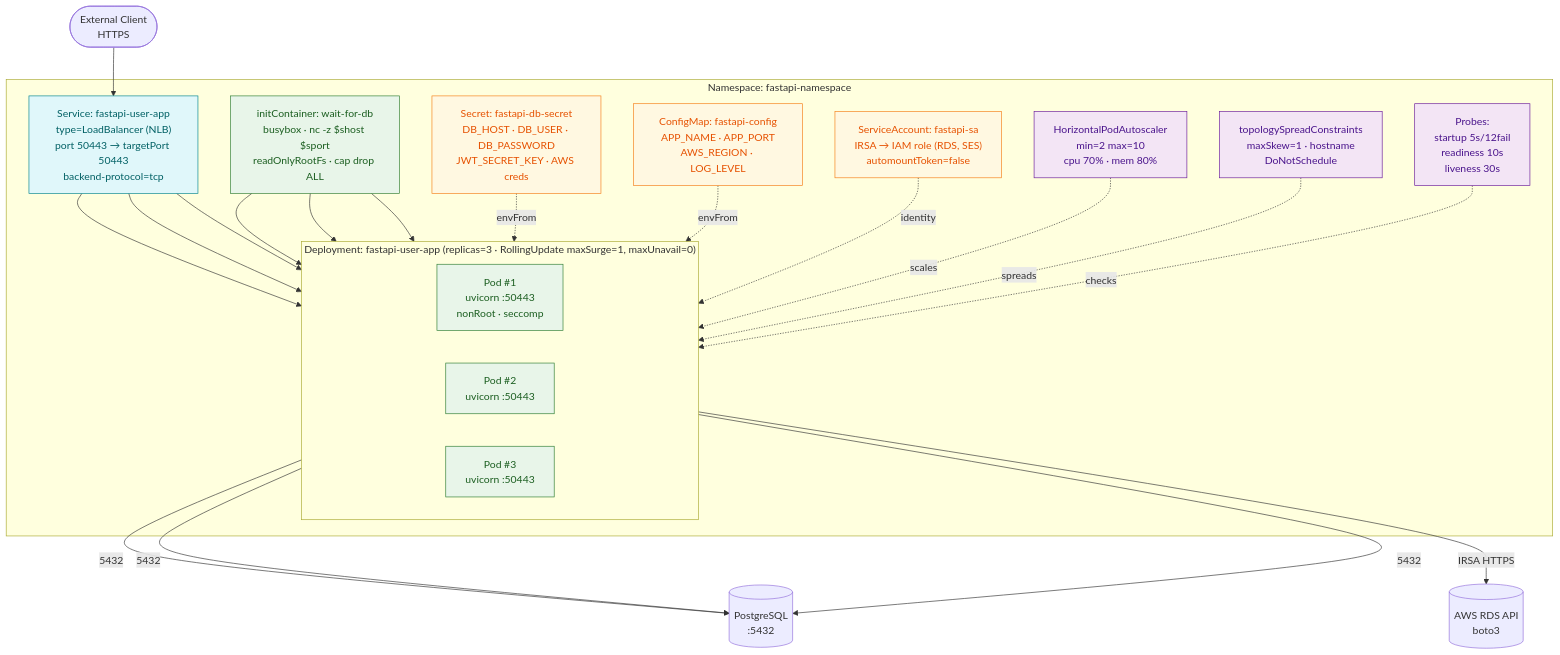
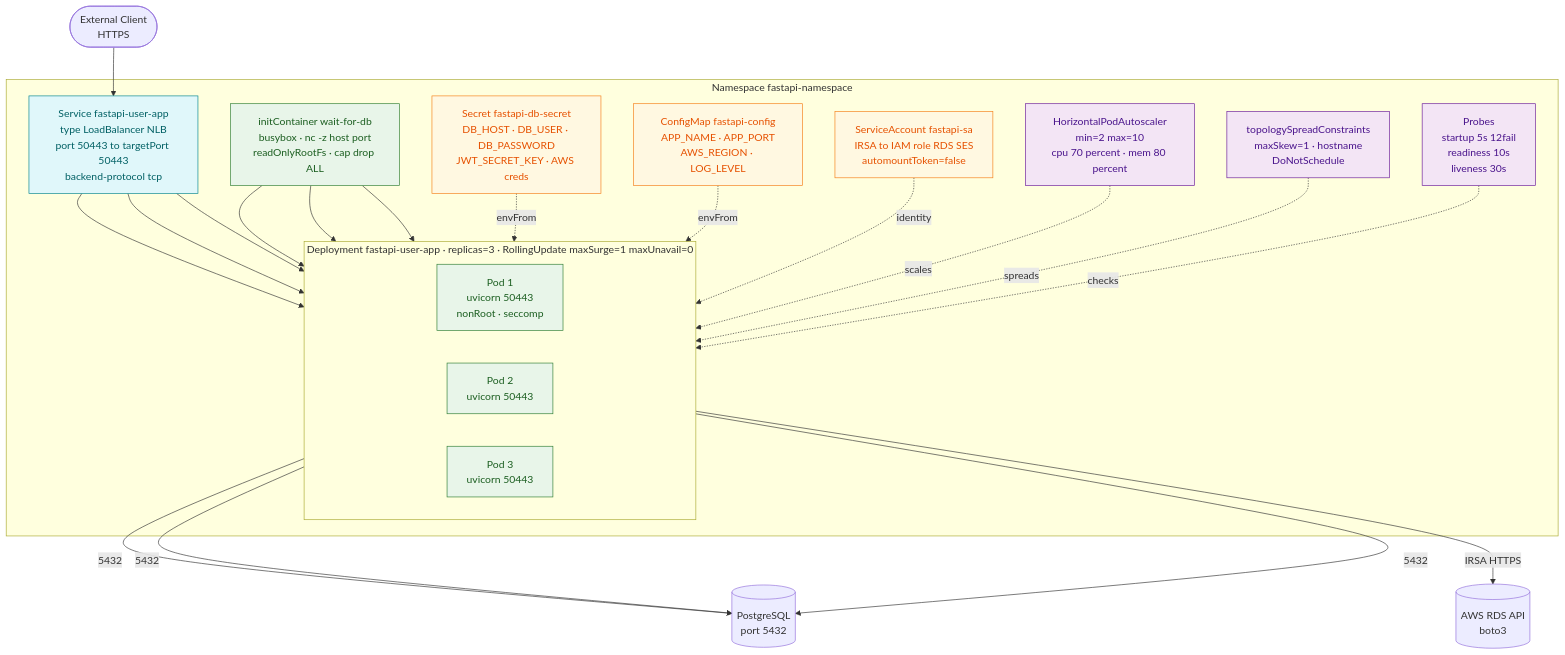
One commit to skondla/fastAPIWebApp changed the eighth of 13 diagrams in README.md. Above: the diagram before and after it, drawn with Mermaid. The commit also changed other lines of this file, not shown here.

````diff
--- a/README.md
+++ b/README.md
@@ -734,58 +757,58 @@
 ```mermaid
 flowchart TB
     classDef svc fill:#E0F7FA,stroke:#00838F,color:#006064
     classDef pod fill:#E8F5E9,stroke:#2E7D32,color:#1B5E20
     classDef cfg fill:#FFF8E1,stroke:#F57F17,color:#E65100
     classDef hpa fill:#F3E5F5,stroke:#6A1B9A,color:#4A148C
 
     EXT([External Client<br/>HTTPS])
     EXT --> NLB
 
-    subgraph NS["Namespace: fastapi-namespace"]
-        NLB["Service: fastapi-user-app<br/>type=LoadBalancer (NLB)<br/>port 50443 → targetPort 50443<br/>backend-protocol=tcp"]:::svc
+    subgraph NS["Namespace fastapi-namespace"]
+        NLB["Service fastapi-user-app<br/>type LoadBalancer NLB<br/>port 50443 to targetPort 50443<br/>backend-protocol tcp"]:::svc
 
-        subgraph DEP["Deployment: fastapi-user-app  (replicas=3 · RollingUpdate maxSurge=1, maxUnavail=0)"]
+        subgraph DEP["Deployment fastapi-user-app · replicas=3 · RollingUpdate maxSurge=1 maxUnavail=0"]
             direction LR
-            P1[Pod #1<br/>uvicorn :50443<br/>nonRoot · seccomp]:::pod
-            P2[Pod #2<br/>uvicorn :50443]:::pod
-            P3[Pod #3<br/>uvicorn :50443]:::pod
+            P1["Pod 1<br/>uvicorn 50443<br/>nonRoot · seccomp"]:::pod
+            P2["Pod 2<br/>uvicorn 50443"]:::pod
+            P3["Pod 3<br/>uvicorn 50443"]:::pod
         end
 
-        INIT["initContainer: wait-for-db<br/>busybox · nc -z $shost $sport<br/>readOnlyRootFs · cap drop ALL"]:::pod
+        INIT["initContainer wait-for-db<br/>busybox · nc -z host port<br/>readOnlyRootFs · cap drop ALL"]:::pod
 
-        HPA["HorizontalPodAutoscaler<br/>min=2 max=10<br/>cpu 70% · mem 80%"]:::hpa
+        HPA["HorizontalPodAutoscaler<br/>min=2 max=10<br/>cpu 70 percent · mem 80 percent"]:::hpa
 
-        SECRET["Secret: fastapi-db-secret<br/>DB_HOST · DB_USER · DB_PASSWORD<br/>JWT_SECRET_KEY · AWS creds"]:::cfg
-        CM["ConfigMap: fastapi-config<br/>APP_NAME · APP_PORT<br/>AWS_REGION · LOG_LEVEL"]:::cfg
+        SECRET["Secret fastapi-db-secret<br/>DB_HOST · DB_USER · DB_PASSWORD<br/>JWT_SECRET_KEY · AWS creds"]:::cfg
+        CM["ConfigMap fastapi-config<br/>APP_NAME · APP_PORT<br/>AWS_REGION · LOG_LEVEL"]:::cfg
 
-        SA["ServiceAccount: fastapi-sa<br/>IRSA → IAM role (RDS, SES)<br/>automountToken=false"]:::cfg
+        SA["ServiceAccount fastapi-sa<br/>IRSA to IAM role RDS SES<br/>automountToken=false"]:::cfg
 
         SPREAD["topologySpreadConstraints<br/>maxSkew=1 · hostname<br/>DoNotSchedule"]:::hpa
 
-        TSC["Probes:<br/>startup 5s/12fail<br/>readiness 10s<br/>liveness 30s"]:::hpa
+        TSC["Probes<br/>startup 5s 12fail<br/>readiness 10s<br/>liveness 30s"]:::hpa
     end
 
-    PG[(PostgreSQL<br/>:5432)]
-    RDS[(AWS RDS API<br/>boto3)]
+    PG[("PostgreSQL<br/>port 5432")]
+    RDS[("AWS RDS API<br/>boto3")]
 
     NLB --> P1
     NLB --> P2
     NLB --> P3
 
     INIT --> P1
     INIT --> P2
     INIT --> P3
 
     SECRET -.envFrom.-> P1
     CM -.envFrom.-> P1
     SA -.identity.-> P1
 
     HPA -.scales.-> DEP
     SPREAD -.spreads.-> DEP
     TSC -.checks.-> DEP
 
     P1 -->|5432| PG
     P2 -->|5432| PG
     P3 -->|5432| PG
     P1 -->|IRSA HTTPS| RDS
 ```
````
